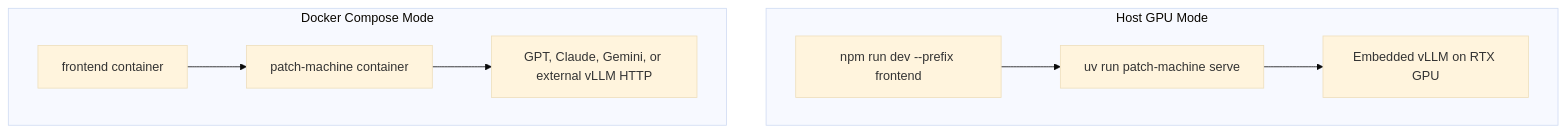
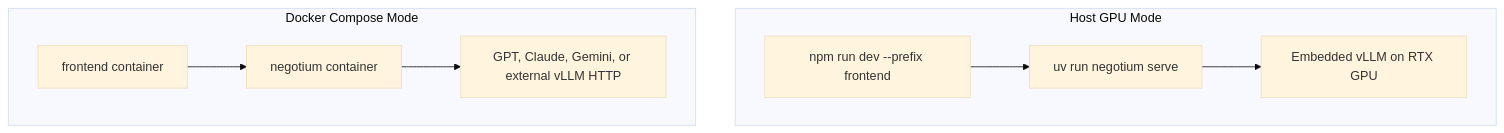
Before and after one commit to PatchMachine/Negotium: the ninth of 9 diagrams in docs/architecture.md, drawn with Mermaid (base theme). The commit also changed other lines of this file and 299 other files, not shown here.

First line of the commit message:
Rename Python package and distribution: patch_machine -> negotium

````diff
--- a/docs/architecture.md
+++ b/docs/architecture.md
@@ -214,15 +214,15 @@
 ```mermaid
 flowchart TB
   subgraph HostGpu["Host GPU Mode"]
-    HostBackend["uv run patch-machine serve"]
+    HostBackend["uv run negotium serve"]
     HostBackend --> EmbeddedVllm["Embedded vLLM on RTX GPU"]
     HostFrontend["npm run dev --prefix frontend"] --> HostBackend
   end
 
   subgraph DockerMode["Docker Compose Mode"]
     DockerFrontend["frontend container"]
-    DockerBackend["patch-machine container"]
+    DockerBackend["negotium container"]
     DockerFrontend --> DockerBackend
     DockerBackend --> CloudProviders["GPT, Claude, Gemini, or external vLLM HTTP"]
   end
 ```
````
